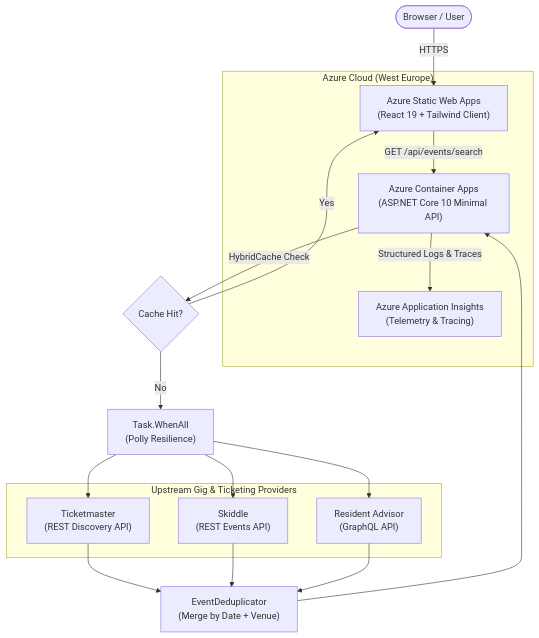
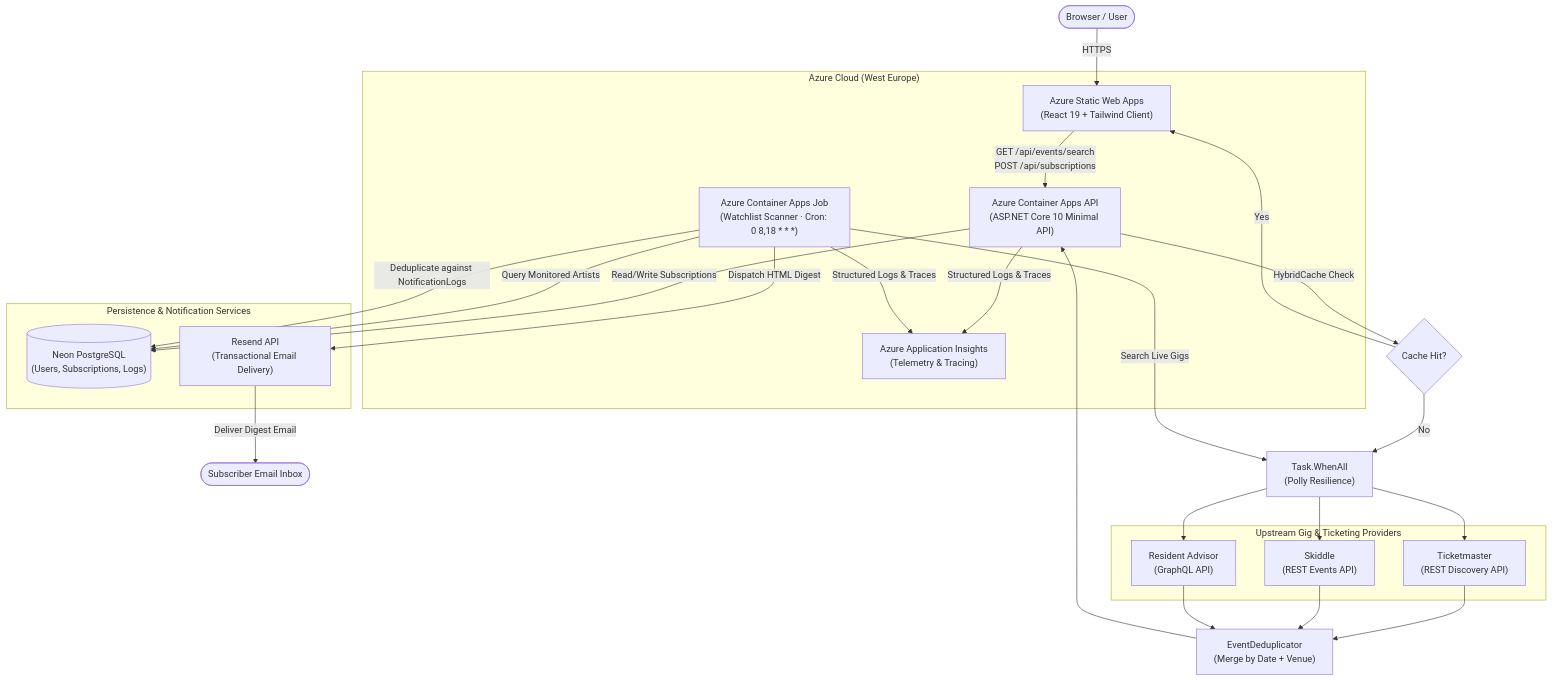
One commit to Foysal94/ElectronicLive changed the diagram in README.md. Above: the diagram before and after it, drawn with Mermaid. The commit also changed other lines of this file and 3 other files, not shown here.

````diff
--- a/README.md
+++ b/README.md
@@ -42,31 +43,48 @@
 ```mermaid
 flowchart TD
     User(["Browser / User"])
-    
+    Recipient(["Subscriber Email Inbox"])
+
     subgraph Azure_Cloud ["Azure Cloud (West Europe)"]
         SWA["Azure Static Web Apps\n(React 19 + Tailwind Client)"]
-        ACA["Azure Container Apps\n(ASP.NET Core 10 Minimal API)"]
+        ACA["Azure Container Apps API\n(ASP.NET Core 10 Minimal API)"]
+        ACAJob["Azure Container Apps Job\n(Watchlist Scanner · Cron: 0 8,18 * * *)"]
         AI["Azure Application Insights\n(Telemetry & Tracing)"]
+    end
+
+    subgraph Cloud_Persistence ["Persistence & Notification Services"]
+        Neon[("Neon PostgreSQL\n(Users, Subscriptions, Logs)")]
+        Resend["Resend API\n(Transactional Email Delivery)"]
     end
 
     subgraph External_Providers ["Upstream Gig & Ticketing Providers"]
         TM["Ticketmaster\n(REST Discovery API)"]
         SK["Skiddle\n(REST Events API)"]
         RA["Resident Advisor\n(GraphQL API)"]
     end
 
     User -->|"HTTPS"| SWA
-    SWA -->|"GET /api/events/search"| ACA
+    SWA -->|"GET /api/events/search\nPOST /api/subscriptions"| ACA
     ACA -->|"Structured Logs & Traces"| AI
+    ACAJob -->|"Structured Logs & Traces"| AI
 
+    %% API Real-time Search
     ACA -->|"HybridCache Check"| Cache{Cache Hit?}
     Cache -- Yes --> SWA
     Cache -- No --> FetchParallel["Task.WhenAll\n(Polly Resilience)"]
 
-    FetchParallel --> TM
-    FetchParallel --> SK
-    FetchParallel --> RA
-
+    %% External Search
+    FetchParallel --> TM & SK & RA
     TM & SK & RA --> Dedupe["EventDeduplicator\n(Merge by Date + Venue)"]
     Dedupe --> ACA
+
+    %% Subscriptions & Storage
+    ACA -->|"Read/Write Subscriptions"| Neon
+
+    %% Scanner Job Flow
+    ACAJob -->|"Query Monitored Artists"| Neon
+    ACAJob -->|"Search Live Gigs"| FetchParallel
+    ACAJob -->|"Deduplicate against NotificationLogs"| Neon
+    ACAJob -->|"Dispatch HTML Digest"| Resend
+    Resend -->|"Deliver Digest Email"| Recipient
 ```
````
